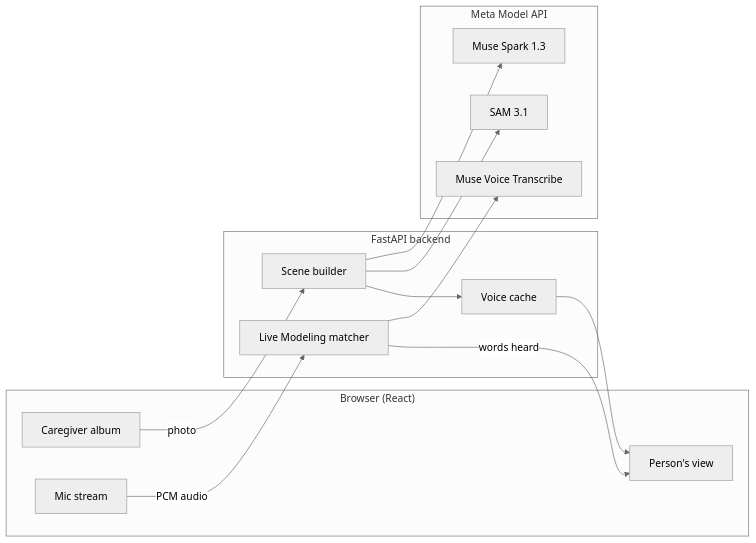
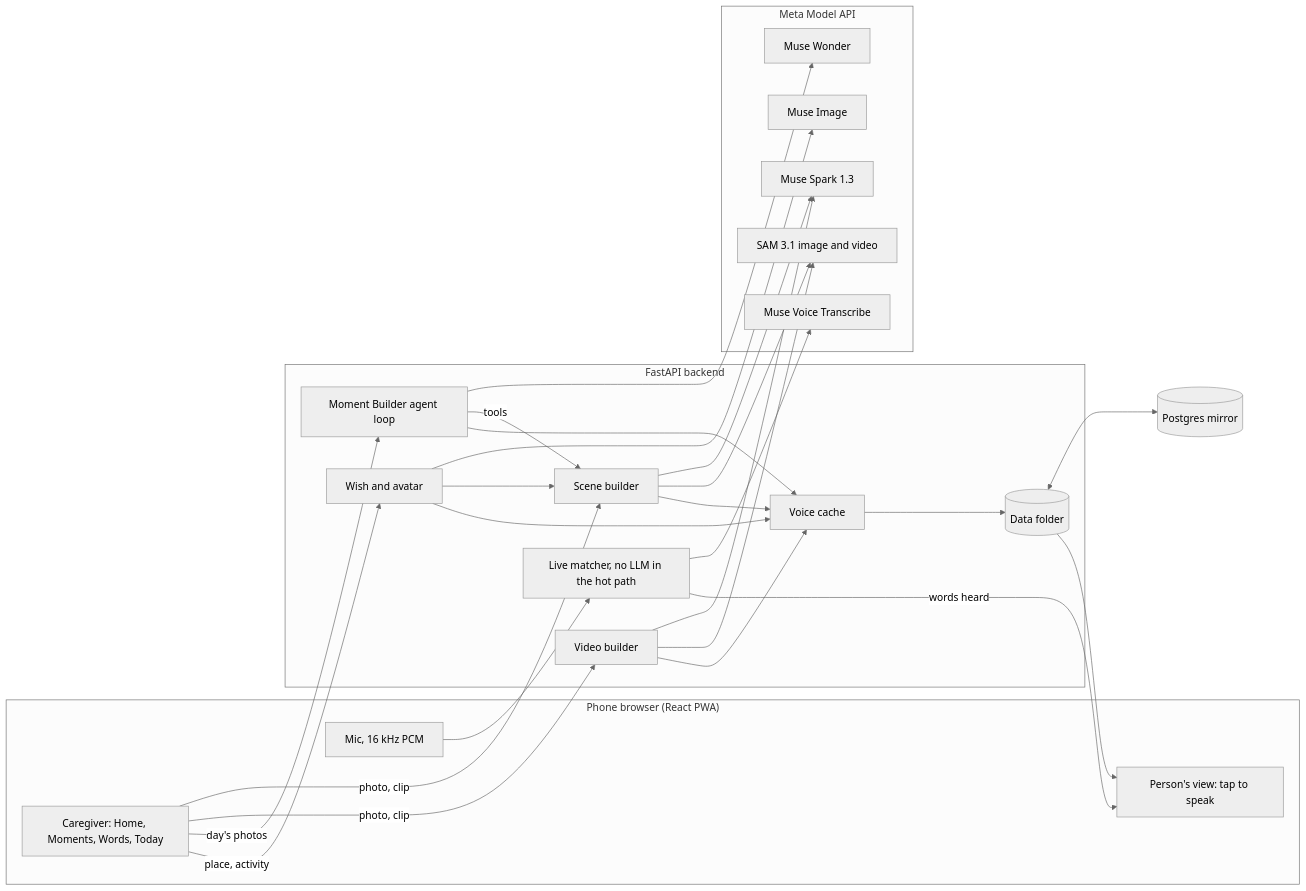
One commit to ahammadshawki8/Momentalk changed the diagram in README.md. Above: the diagram before and after it, drawn with Mermaid (neutral theme). The commit also changed other lines of this file and 6 other files, not shown here.

````diff
--- a/README.md
+++ b/README.md
@@ -33,26 +52,39 @@
 ```mermaid
 flowchart LR
-  subgraph Client["Browser (React)"]
-    CG["Caregiver album"]
-    PV["Person's view"]
-    MIC["Mic stream"]
+  subgraph Client["Phone browser (React PWA)"]
+    CG["Caregiver: Home, Moments, Words, Today"]
+    PV["Person's view: tap to speak"]
+    MIC["Mic, 16 kHz PCM"]
   end
   subgraph Server["FastAPI backend"]
     SB["Scene builder"]
-    LM["Live Modeling matcher"]
+    VB["Video builder"]
+    LM["Live matcher, no LLM in the hot path"]
+    AG["Moment Builder agent loop"]
+    WS["Wish and avatar"]
     TTS["Voice cache"]
+    FS[("Data folder")]
   end
+  PG[("Postgres mirror")]
   subgraph Meta["Meta Model API"]
     SPARK["Muse Spark 1.3"]
-    SAM["SAM 3.1"]
+    SAM["SAM 3.1 image and video"]
     ASR["Muse Voice Transcribe"]
+    WONDER["Muse Wonder"]
+    MIMG["Muse Image"]
   end
-  CG -->|photo| SB
-  SB --> SPARK
-  SB --> SAM
-  SB --> TTS
-  MIC -->|PCM audio| LM
-  LM --> ASR
+  CG -->|photo, clip| SB & VB
+  CG -->|day's photos| AG
+  CG -->|place, activity| WS
+  MIC --> LM --> ASR
   LM -->|words heard| PV
-  TTS --> PV
+  SB & VB --> SPARK
+  SB & VB --> SAM
+  AG --> WONDER
+  AG -->|tools| SB
+  WS --> MIMG
+  WS --> SB
+  SB & VB & AG & WS --> TTS --> FS
+  FS <--> PG
+  FS --> PV
 ```
````
